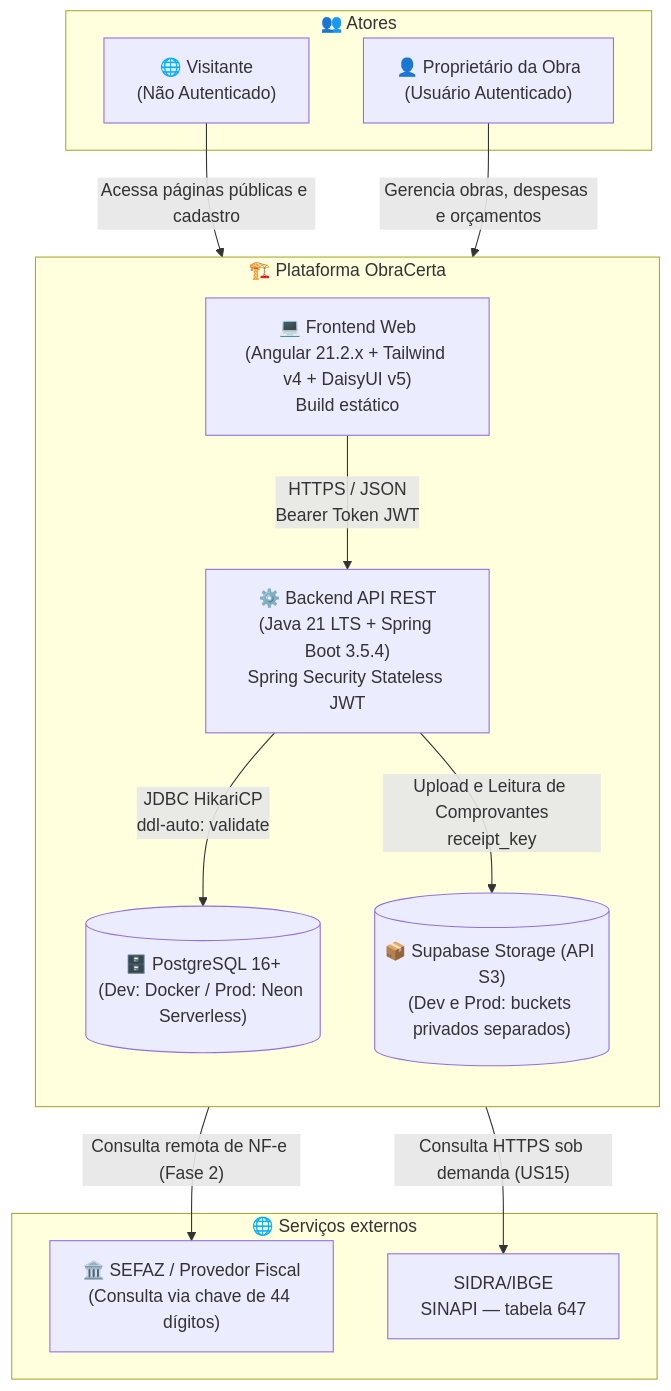
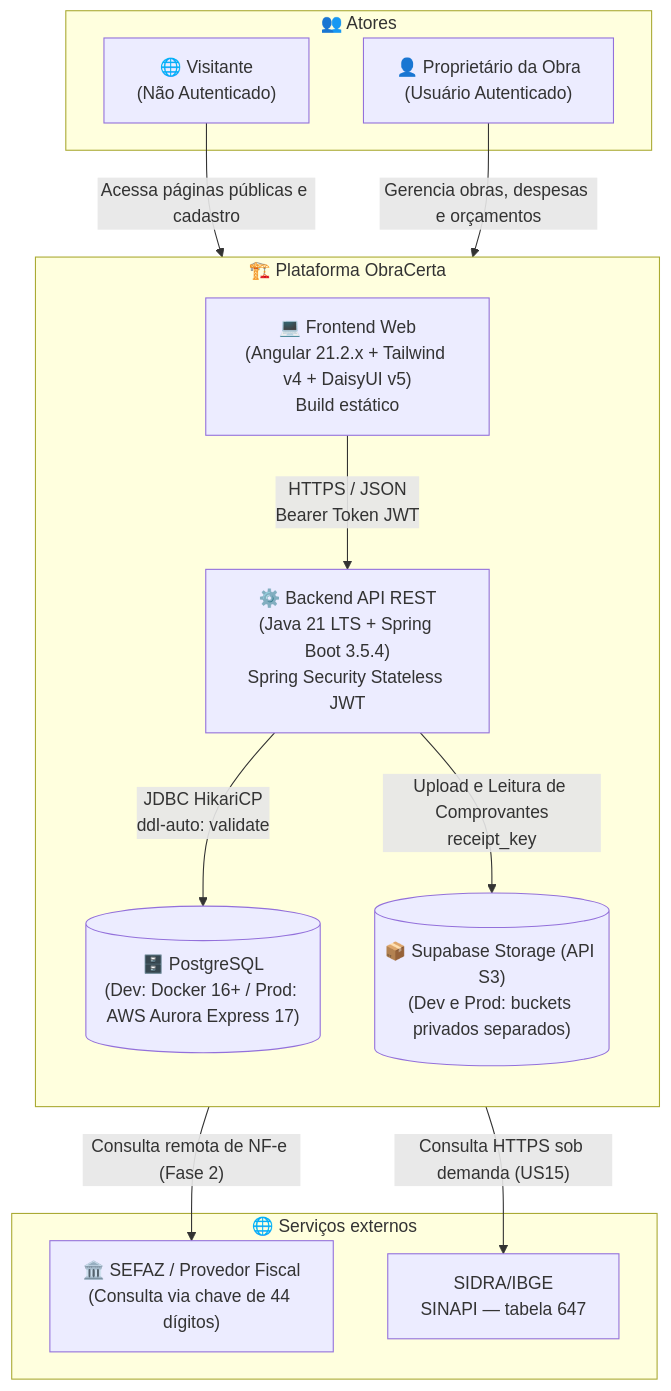
The first of 7 diagrams in docs/architecture.md (utfpr-gp/obra-certa), drawn with Mermaid before and after one commit. The commit also changed other lines of this file and 44 other files, not shown here.

````diff
--- a/docs/architecture.md
+++ b/docs/architecture.md
@@ -96,29 +96,29 @@
 ```mermaid
 flowchart TD
     subgraph Atores["👥 Atores"]
         User["👤 Proprietário da Obra<br/>(Usuário Autenticado)"]
         Visitor["🌐 Visitante<br/>(Não Autenticado)"]
     end
 
     subgraph PlataformaObraCerta["🏗️ Plataforma ObraCerta"]
         direction TB
         Frontend["💻 Frontend Web<br/>(Angular 21.2.x + Tailwind v4 + DaisyUI v5)<br/>Build estático"]
         Backend["⚙️ Backend API REST<br/>(Java 21 LTS + Spring Boot 3.5.4)<br/>Spring Security Stateless JWT"]
-        Database[("🗄️ PostgreSQL 16+<br/>(Dev: Docker / Prod: Neon Serverless)")]
+        Database[("🗄️ PostgreSQL<br/>(Dev: Docker 16+ / Prod: AWS Aurora Express 17)")]
         Storage[("📦 Supabase Storage (API S3)<br/>(Dev e Prod: buckets privados separados)")]
 
         Frontend -->|"HTTPS / JSON<br/>Bearer Token JWT"| Backend
         Backend -->|"JDBC HikariCP<br/>ddl-auto: validate"| Database
         Backend -->|"Upload e Leitura de Comprovantes<br/>receipt_key"| Storage
     end
 
     subgraph ServicosExternos["🌐 Serviços externos"]
         SEFAZ["🏛️ SEFAZ / Provedor Fiscal<br/>(Consulta via chave de 44 dígitos)"]
         SIDRA["SIDRA/IBGE<br/>SINAPI — tabela 647"]
     end
 
     Visitor -->|"Acessa páginas públicas e cadastro"| Frontend
     User -->|"Gerencia obras, despesas e orçamentos"| Frontend
     Backend -->|"Consulta remota de NF-e (Fase 2)"| SEFAZ
     Backend -->|"Consulta HTTPS sob demanda (US15)"| SIDRA
 ```
````
